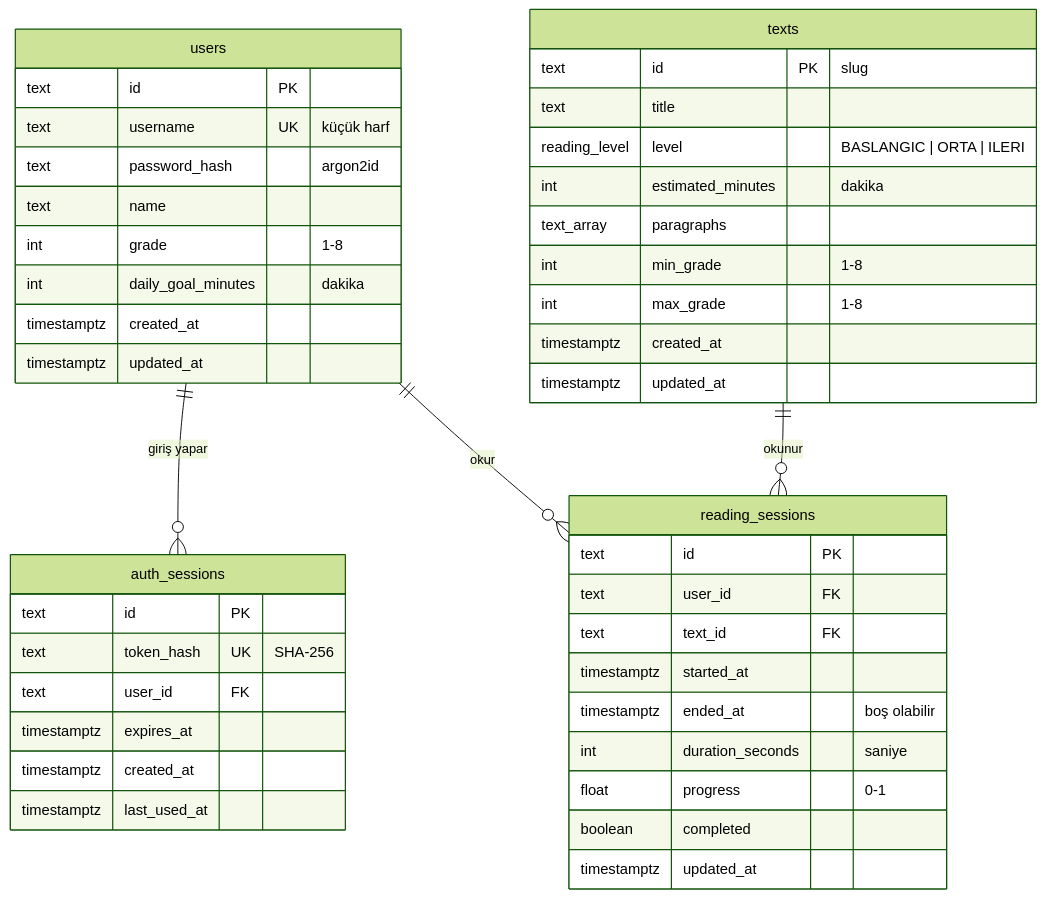
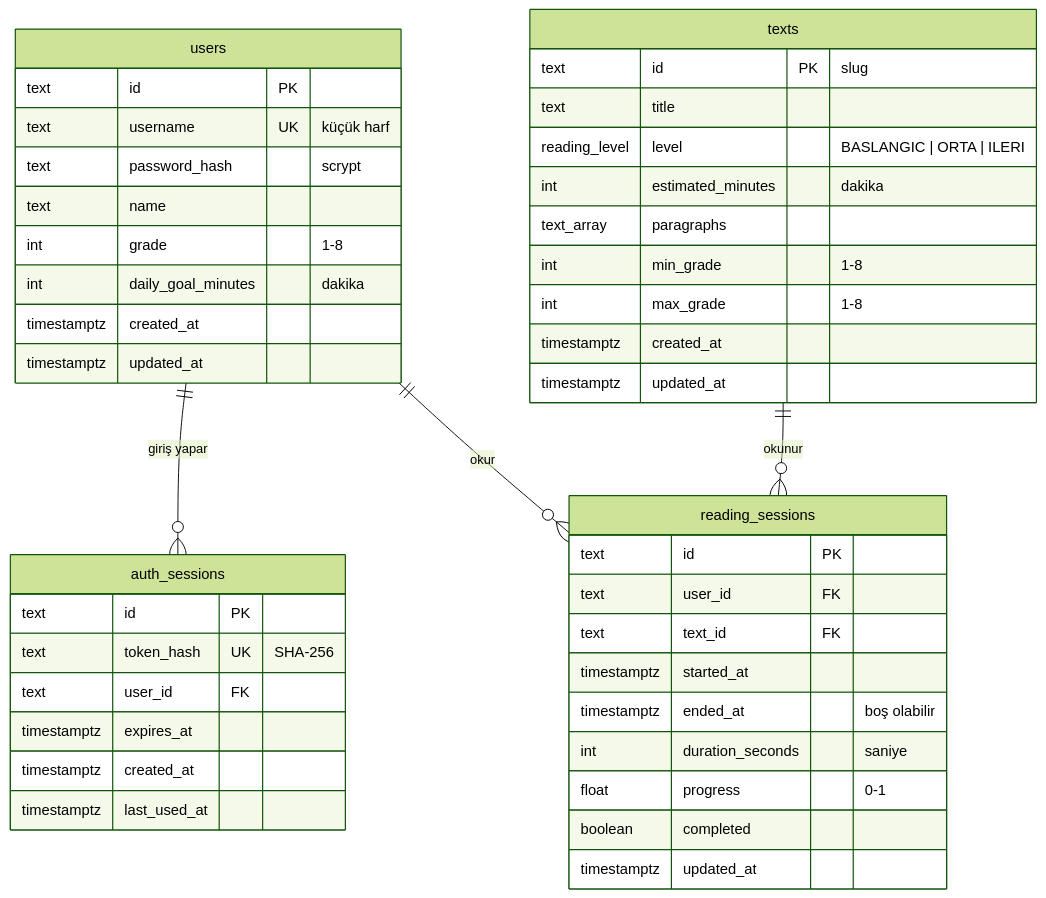
Before and after one commit to denizkandemir/okumaAkademik: the diagram in server/docs/veritabani.md, drawn with Mermaid (forest theme). The commit also changed other lines of this file and 7 other files, not shown here.

First line of the commit message:
Backend: şifre hash'i argon2'den Node'un yerleşik scrypt'ine geçti

````diff
--- a/server/docs/veritabani.md
+++ b/server/docs/veritabani.md
@@ -29,47 +29,47 @@
 ```mermaid
 erDiagram
     users ||--o{ auth_sessions : "giriş yapar"
     users ||--o{ reading_sessions : "okur"
     texts ||--o{ reading_sessions : "okunur"
 
     users {
         text id PK
         text username UK "küçük harf"
-        text password_hash "argon2id"
+        text password_hash "scrypt"
         text name
         int grade "1-8"
         int daily_goal_minutes "dakika"
         timestamptz created_at
         timestamptz updated_at
     }
     auth_sessions {
         text id PK
         text token_hash UK "SHA-256"
         text user_id FK
         timestamptz expires_at
         timestamptz created_at
         timestamptz last_used_at
     }
     texts {
         text id PK "slug"
         text title
         reading_level level "BASLANGIC | ORTA | ILERI"
         int estimated_minutes "dakika"
         text_array paragraphs
         int min_grade "1-8"
         int max_grade "1-8"
         timestamptz created_at
         timestamptz updated_at
     }
     reading_sessions {
         text id PK
         text user_id FK
         text text_id FK
         timestamptz started_at
         timestamptz ended_at "boş olabilir"
         int duration_seconds "saniye"
         float progress "0-1"
         boolean completed
         timestamptz updated_at
     }
 ```
````
